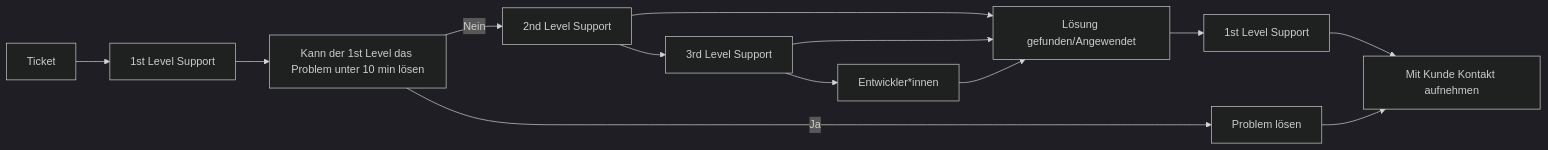
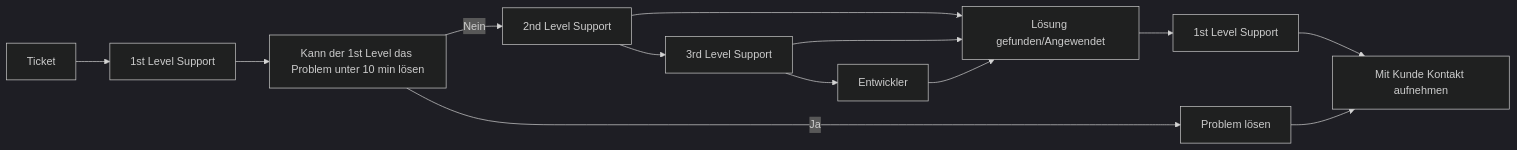
Before and after one commit to LinoSteffen/Modul_254_geschaeftsprozesse_beschreiben: the first of 2 diagrams in README.md, drawn with Mermaid (dark theme). The commit also changed other lines of this file, not shown here.

````diff
--- a/README.md
+++ b/README.md
@@ -27,10 +27,10 @@
 ```mermaid
 flowchart LR
 id2 & id3 & id4 --> id6[Lösung gefunden/Angewendet]; 
 
- Ticket--> id1[1st Level Support] --> id7[Kann der 1st Level das Problem unter 10 min lösen] -->|Nein| id2[2nd Level Support] --> id3[3rd Level Support] --> id4[Entwickler*innen]
+ Ticket--> id1[1st Level Support] --> id7[Kann der 1st Level das Problem unter 10 min lösen] -->|Nein| id2[2nd Level Support] --> id3[3rd Level Support] --> id4[Entwickler]
  id5[1st Level Support] --> id10[Mit Kunde Kontakt aufnehmen];
 id6 --> id5;
 id7 -->|Ja| id11[Problem lösen] --> id10
 
 ```
````
